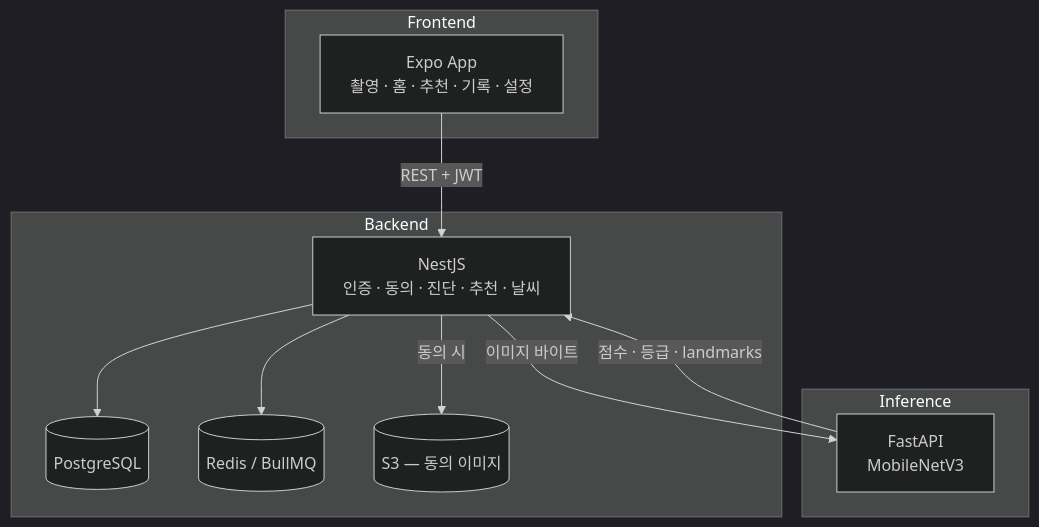
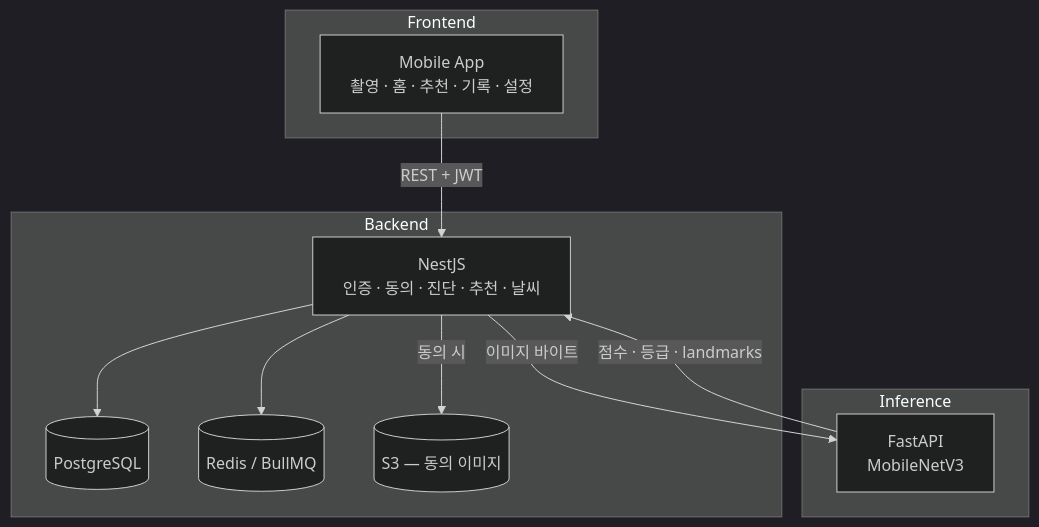
One commit to jae-ho93/Todayskin changed the diagram in README.md. Above: the diagram before and after it, drawn with Mermaid (dark theme).

Commit message:
docs: use Mobile App in README system diagram

````diff
--- a/README.md
+++ b/README.md
@@ -103,21 +103,21 @@
 ```mermaid
 flowchart TB
   subgraph Client["Frontend"]
-    APP["Expo App<br/>촬영 · 홈 · 추천 · 기록 · 설정"]
+    APP["Mobile App<br/>촬영 · 홈 · 추천 · 기록 · 설정"]
   end
   subgraph Server["Backend"]
     API["NestJS<br/>인증 · 동의 · 진단 · 추천 · 날씨"]
     PG[("PostgreSQL")]
     REDIS[("Redis / BullMQ")]
     S3[("S3 — 동의 이미지")]
   end
   subgraph AI["Inference"]
     INF["FastAPI<br/>MobileNetV3"]
   end
   APP -->|REST + JWT| API
   API --> PG
   API --> REDIS
   API -->|동의 시| S3
   API -->|이미지 바이트| INF
   INF -->|점수 · 등급 · landmarks| API
 ```
````
